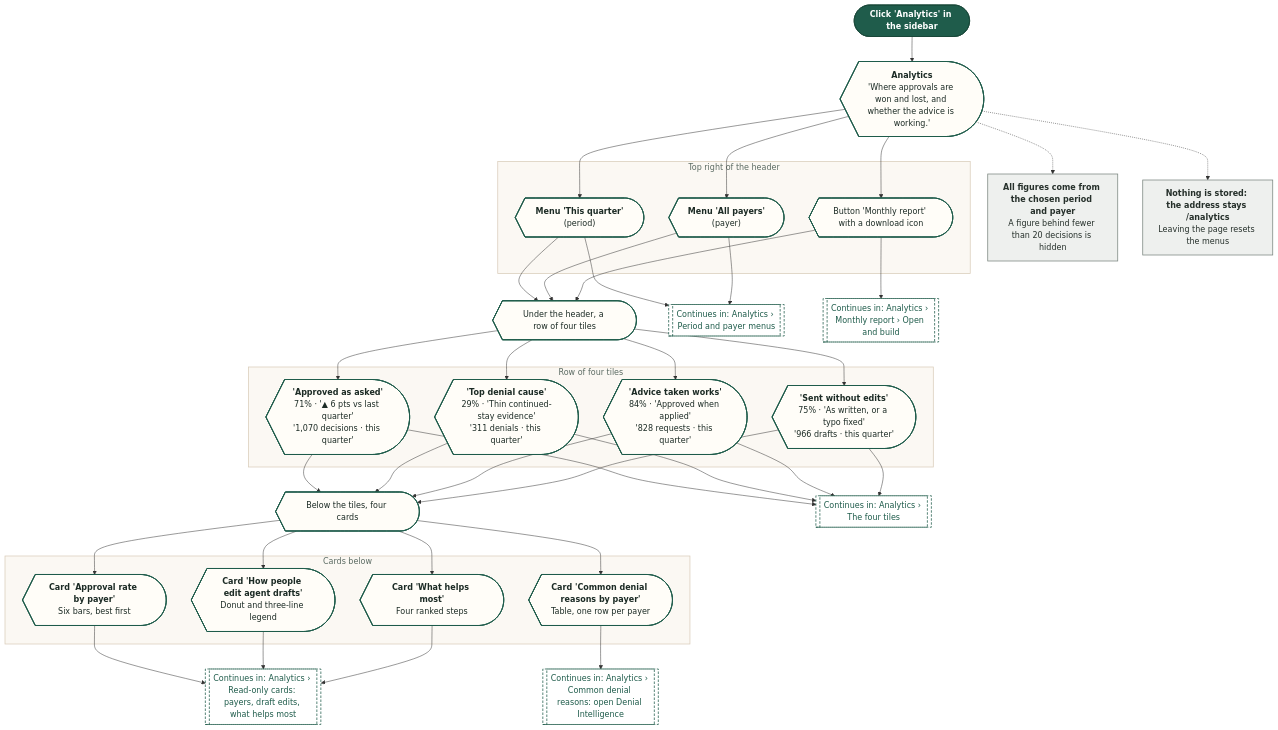
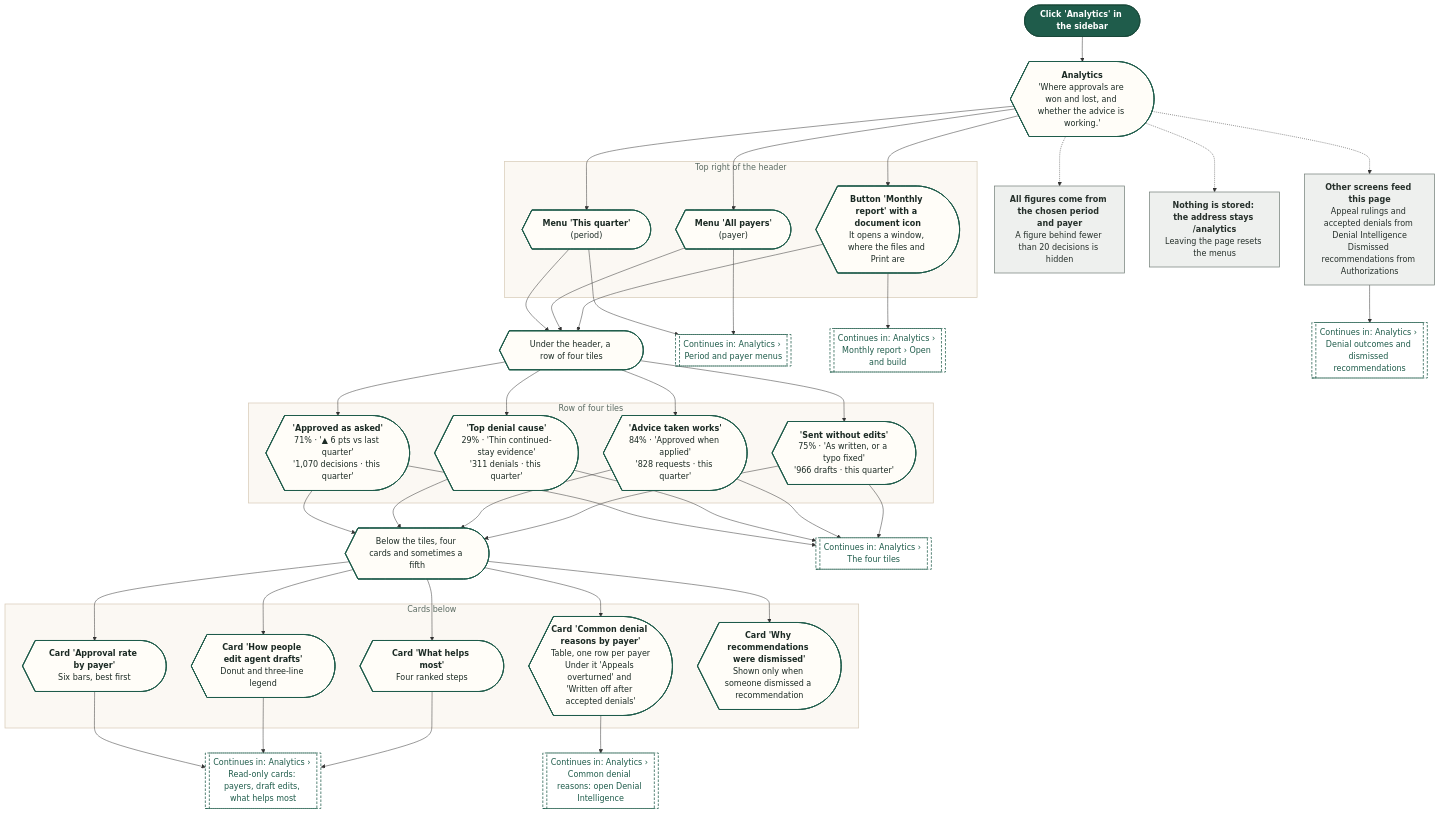
Before and after one commit to Shrav143/psyfloapp: the first of 9 diagrams in demos/prior-auth-demo/workflows/out/md/08-analytics.md, drawn with Mermaid. The commit also changed other lines of this file and 195 other files, not shown here.

First line of the commit message:
docs: Rebuild workflow diagrams after the demo fixes (220 diagrams)

````diff
--- a/demos/prior-auth-demo/workflows/out/md/08-analytics.md
+++ b/demos/prior-auth-demo/workflows/out/md/08-analytics.md
@@ -15,68 +15,73 @@
 ```mermaid
 %%{init: {"theme":"base","themeVariables":{"fontFamily":"'DM Sans', 'Segoe UI', system-ui, sans-serif","fontSize":"15px","lineColor":"#5B6B63","primaryTextColor":"#1C2B25","clusterBkg":"#FBF8F3","clusterBorder":"#D9CDBB","edgeLabelBackground":"#FFFFFF"},"flowchart":{"curve":"basis","nodeSpacing":36,"rankSpacing":48,"padding":12,"htmlLabels":true,"useMaxWidth":false,"wrappingWidth":230}} }%%
 flowchart TD
   classDef k_start fill:#1F5C4B,stroke:#174638,color:#FFFFFF,stroke-width:1.5px,font-weight:600
   classDef k_end fill:#DDEFE3,stroke:#2E7D4F,color:#14502F,stroke-width:1.5px,font-weight:600
   classDef k_endx fill:#FBE3E0,stroke:#C0392B,color:#7A1F16,stroke-width:1.5px,font-weight:600
   classDef k_screen fill:#FFFDF8,stroke:#1F5C4B,color:#1C2B25,stroke-width:2px
   classDef k_overlay fill:#F1F7F3,stroke:#1F5C4B,color:#1C2B25,stroke-width:2px,stroke-dasharray:5 3
   classDef k_click fill:#DCEBFA,stroke:#2F6DB5,color:#12365F,stroke-width:1.5px
   classDef k_input fill:#E4E7FF,stroke:#4C5FD5,color:#1D2670,stroke-width:1.5px
   classDef k_process fill:#EEF0EE,stroke:#7A857F,color:#26302B,stroke-width:1.5px
   classDef k_agent fill:#EEE5FA,stroke:#7A4FC2,color:#341A63,stroke-width:1.5px
   classDef k_decision fill:#FFF0CC,stroke:#D9962B,color:#5C3B00,stroke-width:1.5px
   classDef k_store fill:#D5F0EA,stroke:#1C8E7B,color:#0B4A3F,stroke-width:1.5px
   classDef k_doc fill:#F6E9DC,stroke:#B07A4C,color:#4A2E14,stroke-width:1.5px
   classDef k_ext fill:#FFE6D2,stroke:#E07B39,color:#6B2F06,stroke-width:1.5px
   classDef k_wait fill:#E4E8EE,stroke:#6B7C93,color:#26303D,stroke-width:1.5px
   classDef k_toast fill:#FFF9DB,stroke:#C9A400,color:#5A4A00,stroke-width:1.5px
   classDef k_goto fill:#FFFFFF,stroke:#1F5C4B,color:#1F5C4B,stroke-width:1.5px,stroke-dasharray:5 3
   s1@{ shape: stadium, label: "Click 'Analytics' in the sidebar" }
   sc@{ shape: curv-trap, label: "<b>Analytics</b><br/>'Where approvals are won and lost, and whether the advice is working.'" }
   subgraph gTop ["Top right of the header"]
   m1@{ shape: curv-trap, label: "<b>Menu 'This quarter'</b><br/>(period)" }
   m2@{ shape: curv-trap, label: "<b>Menu 'All payers'</b><br/>(payer)" }
-  m3@{ shape: curv-trap, label: "Button 'Monthly report' with a download icon" }
+  m3@{ shape: curv-trap, label: "<b>Button 'Monthly report' with a document icon</b><br/>It opens a window, where the files and Print are" }
   end
   subgraph gTiles ["Row of four tiles"]
   t1@{ shape: curv-trap, label: "<b>'Approved as asked'</b><br/>71% · '▲ 6 pts vs last quarter'<br/>'1,070 decisions · this quarter'" }
   t2@{ shape: curv-trap, label: "<b>'Top denial cause'</b><br/>29% · 'Thin continued-stay evidence'<br/>'311 denials · this quarter'" }
   t3@{ shape: curv-trap, label: "<b>'Advice taken works'</b><br/>84% · 'Approved when applied'<br/>'828 requests · this quarter'" }
   t4@{ shape: curv-trap, label: "<b>'Sent without edits'</b><br/>75% · 'As written, or a typo fixed'<br/>'966 drafts · this quarter'" }
   end
   subgraph gCards ["Cards below"]
   c1@{ shape: curv-trap, label: "<b>Card 'Approval rate by payer'</b><br/>Six bars, best first" }
   c2@{ shape: curv-trap, label: "<b>Card 'How people edit agent drafts'</b><br/>Donut and three-line legend" }
-  c3@{ shape: curv-trap, label: "<b>Card 'Common denial reasons by payer'</b><br/>Table, one row per payer" }
+  c3@{ shape: curv-trap, label: "<b>Card 'Common denial reasons by payer'</b><br/>Table, one row per payer<br/>Under it 'Appeals overturned' and 'Written off after accepted denials'" }
   c4@{ shape: curv-trap, label: "<b>Card 'What helps most'</b><br/>Four ranked steps" }
+  c5@{ shape: curv-trap, label: "<b>Card 'Why recommendations were dismissed'</b><br/>Shown only when someone dismissed a recommendation" }
   end
   hub2@{ shape: curv-trap, label: "Under the header, a row of four tiles" }
-  hub@{ shape: curv-trap, label: "Below the tiles, four cards" }
+  hub@{ shape: curv-trap, label: "Below the tiles, four cards and sometimes a fifth" }
   p1@{ shape: rect, label: "<b>All figures come from the chosen period and payer</b><br/>A figure behind fewer than 20 decisions is hidden" }
   p2@{ shape: rect, label: "<b>Nothing is stored: the address stays /analytics</b><br/>Leaving the page resets the menus" }
+  p3@{ shape: rect, label: "<b>Other screens feed this page</b><br/>Appeal rulings and accepted denials from Denial Intelligence<br/>Dismissed recommendations from Authorizations" }
   g1@{ shape: subproc, label: "Continues in: Analytics › Period and payer menus" }
   g2@{ shape: subproc, label: "Continues in: Analytics › The four tiles" }
   g3@{ shape: subproc, label: "Continues in: Analytics › Read-only cards: payers, draft edits, what helps most" }
   g4@{ shape: subproc, label: "Continues in: Analytics › Common denial reasons: open Denial Intelligence" }
   g5@{ shape: subproc, label: "Continues in: Analytics › Monthly report › Open and build" }
+  g6@{ shape: subproc, label: "Continues in: Analytics › Denial outcomes and dismissed recommendations" }
   s1 --> sc
   sc --> m1 & m2 & m3
   m1 & m2 & m3 --> hub2
   hub2 --> t1 & t2 & t3 & t4
   t1 & t2 & t3 & t4 --> hub
-  hub --> c1 & c2 & c3 & c4
+  hub --> c1 & c2 & c3 & c4 & c5
   sc -.-> p1
   sc -.-> p2
+  sc -.-> p3
+  p3 --> g6
   m1 & m2 --> g1
   t1 & t2 & t3 & t4 --> g2
   c1 & c2 & c4 --> g3
   c3 --> g4
   m3 --> g5
   class s1 k_start
-  class sc,m1,m2,m3,t1,t2,t3,t4,c1,c2,c3,c4,hub2,hub k_screen
-  class p1,p2 k_process
-  class g1,g2,g3,g4,g5 k_goto
+  class sc,m1,m2,m3,t1,t2,t3,t4,c1,c2,c3,c4,c5,hub2,hub k_screen
+  class p1,p2,p3 k_process
+  class g1,g2,g3,g4,g5,g6 k_goto
   style gTop fill:#FBF8F3,stroke:#D9CDBB,stroke-width:1.5px,color:#5B6B63
   style gTiles fill:#FBF8F3,stroke:#D9CDBB,stroke-width:1.5px,color:#5B6B63
   style gCards fill:#FBF8F3,stroke:#D9CDBB,stroke-width:1.5px,color:#5B6B63
 ```
````
